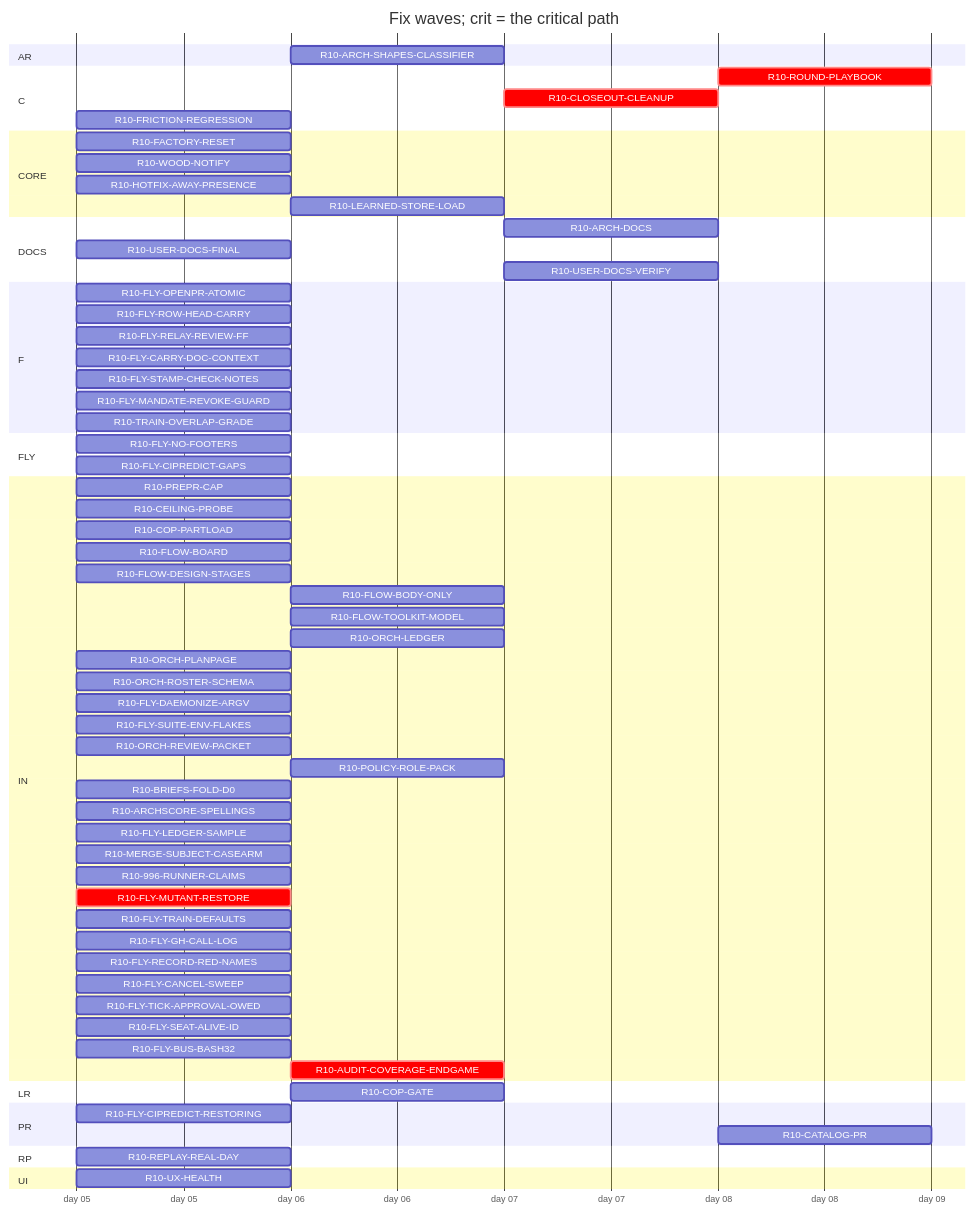
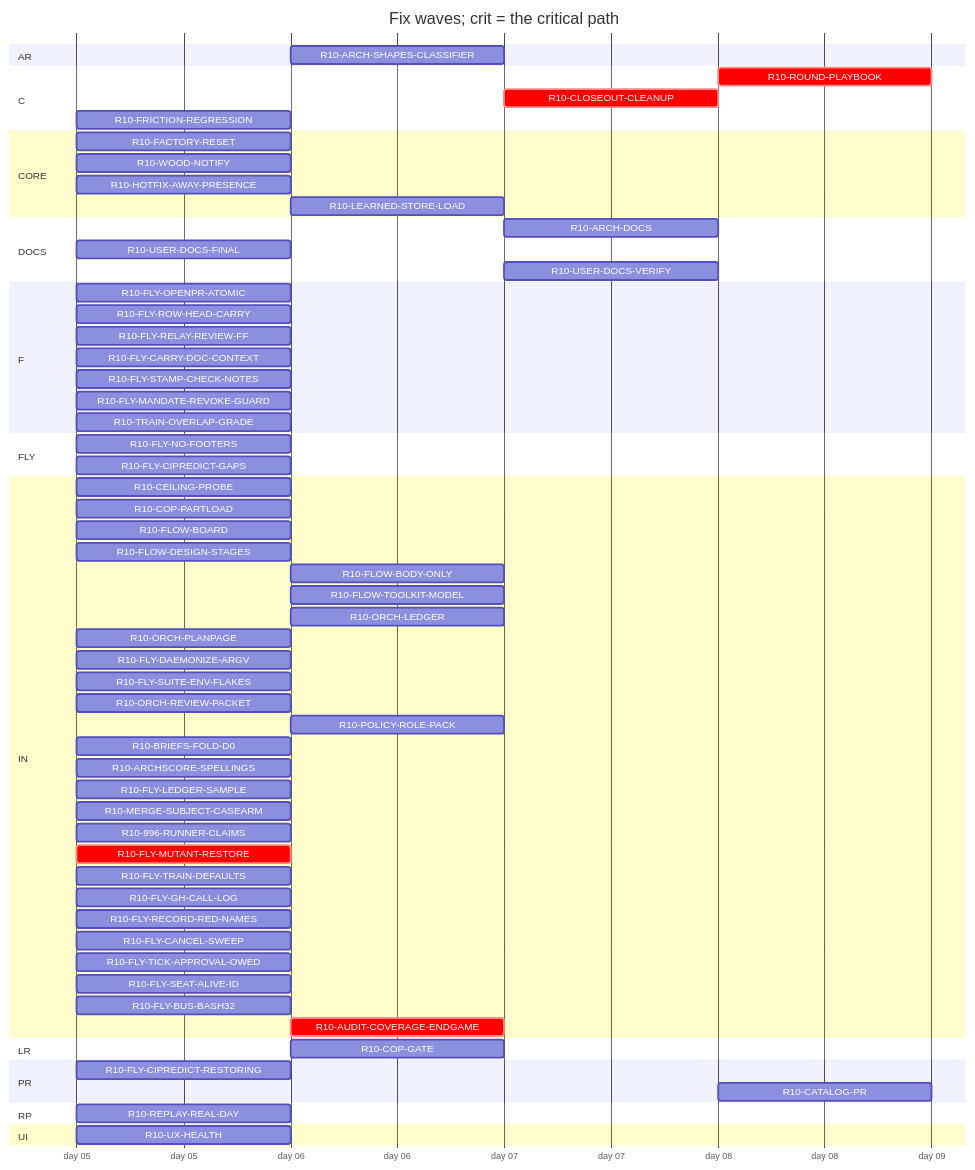
Before and after one commit to tvofi/heatpump_optimizer: the diagram in handoff/round10/state/PLAN-TABLE.md, drawn with Mermaid. The commit also changed other lines of this file and 3 other files, not shown here.

Commit message:
state: FLOW-BOARD.md, NEXT-SESSION-PROMPT.md, PLAN-TABLE.md, RESUME-CURRENT.md regenerated (state_docs.py)

````diff
--- a/handoff/round10/state/PLAN-TABLE.md
+++ b/handoff/round10/state/PLAN-TABLE.md
@@ -24,70 +24,68 @@
 ```mermaid
 gantt
   title Fix waves; crit = the critical path
   dateFormat YYYY-MM-DD
   axisFormat day %d
   section AR
     R10-ARCH-SHAPES-CLASSIFIER :r10ARCHSHAPESCLASSIFIER, after r10996RUNNERCLAIMS, 1d
   section C
-    R10-ROUND-PLAYBOOK :crit, r10ROUNDPLAYBOOK, after r10ORCHLEDGER r10ORCHPLANPAGE r10FLYRELAYREVIEWFF r10FLOWBODYONLY r10AUDITCOVERAGEENDGAME r10FLOWDESIGNSTAGES r10ORCHROSTERSCHEMA r10FLOWTOOLKITMODEL r10TRAINOVERLAPGRADE r10FLYTRAINDEFAULTS r10FLYCANCELSWEEP r10POLICYROLEPACK r10ORCHREVIEWPACKET r10FLOWBOARD r10CLOSEOUTCLEANUP, 1d
+    R10-ROUND-PLAYBOOK :crit, r10ROUNDPLAYBOOK, after r10ORCHLEDGER r10ORCHPLANPAGE r10FLYRELAYREVIEWFF r10FLOWBODYONLY r10AUDITCOVERAGEENDGAME r10FLOWDESIGNSTAGES r10FLOWTOOLKITMODEL r10TRAINOVERLAPGRADE r10FLYTRAINDEFAULTS r10FLYCANCELSWEEP r10POLICYROLEPACK r10ORCHREVIEWPACKET r10FLOWBOARD r10CLOSEOUTCLEANUP, 1d
     R10-CLOSEOUT-CLEANUP :crit, r10CLOSEOUTCLEANUP, after r10AUDITCOVERAGEENDGAME, 1d
     R10-FRICTION-REGRESSION :r10FRICTIONREGRESSION, 2026-01-05, 1d
   section CORE
     R10-FACTORY-RESET :r10FACTORYRESET, 2026-01-05, 1d
     R10-WOOD-NOTIFY :r10WOODNOTIFY, 2026-01-05, 1d
     R10-HOTFIX-AWAY-PRESENCE :r10HOTFIXAWAYPRESENCE, 2026-01-05, 1d
     R10-LEARNED-STORE-LOAD :r10LEARNEDSTORELOAD, after r10FACTORYRESET, 1d
   section DOCS
-    R10-ARCH-DOCS :r10ARCHDOCS, after r10COPGATE r10UXHEALTH r10CEILINGPROBE r10COPPARTLOAD r10FLOWBOARD r10FLOWDESIGNSTAGES r10FLOWBODYONLY r10FLYOPENPRATOMIC r10FLYROWHEADCARRY r10FLYRELAYREVIEWFF r10FLYCARRYDOCCONTEXT r10FLOWTOOLKITMODEL r10FLYSTAMPCHECKNOTES r10FLYMANDATEREVOKEGUARD r10TRAINOVERLAPGRADE r10FLYSUITEENVFLAKES r10ORCHLEDGER r10ORCHPLANPAGE r10ORCHROSTERSCHEMA r10FLYDAEMONIZEARGV r10ORCHREVIEWPACKET r10POLICYROLEPACK r10BRIEFSFOLDD0 r10REPLAYREALDAY r10ARCHSCORESPELLINGS r10FLYLEDGERSAMPLE, 1d
+    R10-ARCH-DOCS :r10ARCHDOCS, after r10COPGATE r10UXHEALTH r10CEILINGPROBE r10COPPARTLOAD r10FLOWBOARD r10FLOWDESIGNSTAGES r10FLOWBODYONLY r10FLYOPENPRATOMIC r10FLYROWHEADCARRY r10FLYRELAYREVIEWFF r10FLYCARRYDOCCONTEXT r10FLOWTOOLKITMODEL r10FLYSTAMPCHECKNOTES r10FLYMANDATEREVOKEGUARD r10TRAINOVERLAPGRADE r10FLYSUITEENVFLAKES r10ORCHLEDGER r10ORCHPLANPAGE r10FLYDAEMONIZEARGV r10ORCHREVIEWPACKET r10POLICYROLEPACK r10BRIEFSFOLDD0 r10REPLAYREALDAY r10ARCHSCORESPELLINGS r10FLYLEDGERSAMPLE, 1d
     R10-USER-DOCS-FINAL :r10USERDOCSFINAL, 2026-01-05, 1d
     R10-USER-DOCS-VERIFY :r10USERDOCSVERIFY, after r10COPGATE r10UXHEALTH r10CEILINGPROBE r10COPPARTLOAD r10FACTORYRESET r10WOODNOTIFY r10USERDOCSFINAL r10ARCHSHAPESCLASSIFIER r10HOTFIXAWAYPRESENCE, 1d
   section F
     R10-FLY-OPENPR-ATOMIC :r10FLYOPENPRATOMIC, 2026-01-05, 1d
     R10-FLY-ROW-HEAD-CARRY :r10FLYROWHEADCARRY, 2026-01-05, 1d
     R10-FLY-RELAY-REVIEW-FF :r10FLYRELAYREVIEWFF, 2026-01-05, 1d
     R10-FLY-CARRY-DOC-CONTEXT :r10FLYCARRYDOCCONTEXT, 2026-01-05, 1d
     R10-FLY-STAMP-CHECK-NOTES :r10FLYSTAMPCHECKNOTES, 2026-01-05, 1d
     R10-FLY-MANDATE-REVOKE-GUARD :r10FLYMANDATEREVOKEGUARD, 2026-01-05, 1d
     R10-TRAIN-OVERLAP-GRADE :r10TRAINOVERLAPGRADE, 2026-01-05, 1d
   section FLY
     R10-FLY-NO-FOOTERS :r10FLYNOFOOTERS, 2026-01-05, 1d
     R10-FLY-CIPREDICT-GAPS :r10FLYCIPREDICTGAPS, 2026-01-05, 1d
   section IN
-    R10-PREPR-CAP :r10PREPRCAP, 2026-01-05, 1d
     R10-CEILING-PROBE :r10CEILINGPROBE, 2026-01-05, 1d
     R10-COP-PARTLOAD :r10COPPARTLOAD, 2026-01-05, 1d
     R10-FLOW-BOARD :r10FLOWBOARD, 2026-01-05, 1d
     R10-FLOW-DESIGN-STAGES :r10FLOWDESIGNSTAGES, 2026-01-05, 1d
     R10-FLOW-BODY-ONLY :r10FLOWBODYONLY, after r10FLYOPENPRATOMIC, 1d
     R10-FLOW-TOOLKIT-MODEL :r10FLOWTOOLKITMODEL, after r10ORCHPLANPAGE r10FLYCANCELSWEEP, 1d
     R10-ORCH-LEDGER :r10ORCHLEDGER, after r10FLYCANCELSWEEP, 1d
     R10-ORCH-PLANPAGE :r10ORCHPLANPAGE, 2026-01-05, 1d
-    R10-ORCH-ROSTER-SCHEMA :r10ORCHROSTERSCHEMA, 2026-01-05, 1d
     R10-FLY-DAEMONIZE-ARGV :r10FLYDAEMONIZEARGV, 2026-01-05, 1d
     R10-FLY-SUITE-ENV-FLAKES :r10FLYSUITEENVFLAKES, 2026-01-05, 1d
     R10-ORCH-REVIEW-PACKET :r10ORCHREVIEWPACKET, 2026-01-05, 1d
     R10-POLICY-ROLE-PACK :r10POLICYROLEPACK, after r10FLOWDESIGNSTAGES, 1d
     R10-BRIEFS-FOLD-D0 :r10BRIEFSFOLDD0, 2026-01-05, 1d
     R10-ARCHSCORE-SPELLINGS :r10ARCHSCORESPELLINGS, 2026-01-05, 1d
     R10-FLY-LEDGER-SAMPLE :r10FLYLEDGERSAMPLE, 2026-01-05, 1d
     R10-MERGE-SUBJECT-CASEARM :r10MERGESUBJECTCASEARM, 2026-01-05, 1d
     R10-996-RUNNER-CLAIMS :r10996RUNNERCLAIMS, 2026-01-05, 1d
     R10-FLY-MUTANT-RESTORE :crit, r10FLYMUTANTRESTORE, 2026-01-05, 1d
     R10-FLY-TRAIN-DEFAULTS :r10FLYTRAINDEFAULTS, 2026-01-05, 1d
     R10-FLY-GH-CALL-LOG :r10FLYGHCALLLOG, 2026-01-05, 1d
     R10-FLY-RECORD-RED-NAMES :r10FLYRECORDREDNAMES, 2026-01-05, 1d
     R10-FLY-CANCEL-SWEEP :r10FLYCANCELSWEEP, 2026-01-05, 1d
     R10-FLY-TICK-APPROVAL-OWED :r10FLYTICKAPPROVALOWED, 2026-01-05, 1d
     R10-FLY-SEAT-ALIVE-ID :r10FLYSEATALIVEID, 2026-01-05, 1d
     R10-FLY-BUS-BASH32 :r10FLYBUSBASH32, 2026-01-05, 1d
     R10-AUDIT-COVERAGE-ENDGAME :crit, r10AUDITCOVERAGEENDGAME, after r10FLYMUTANTRESTORE r10996RUNNERCLAIMS, 1d
   section LR
     R10-COP-GATE :r10COPGATE, after r10CEILINGPROBE, 1d
   section PR
     R10-FLY-CIPREDICT-RESTORING :r10FLYCIPREDICTRESTORING, 2026-01-05, 1d
     R10-CATALOG-PR :r10CATALOGPR, after r10USERDOCSVERIFY r10AUDITCOVERAGEENDGAME, 1d
   section RP
     R10-REPLAY-REAL-DAY :r10REPLAYREALDAY, 2026-01-05, 1d
   section UI
     R10-UX-HEALTH :r10UXHEALTH, 2026-01-05, 1d
 ```
````
